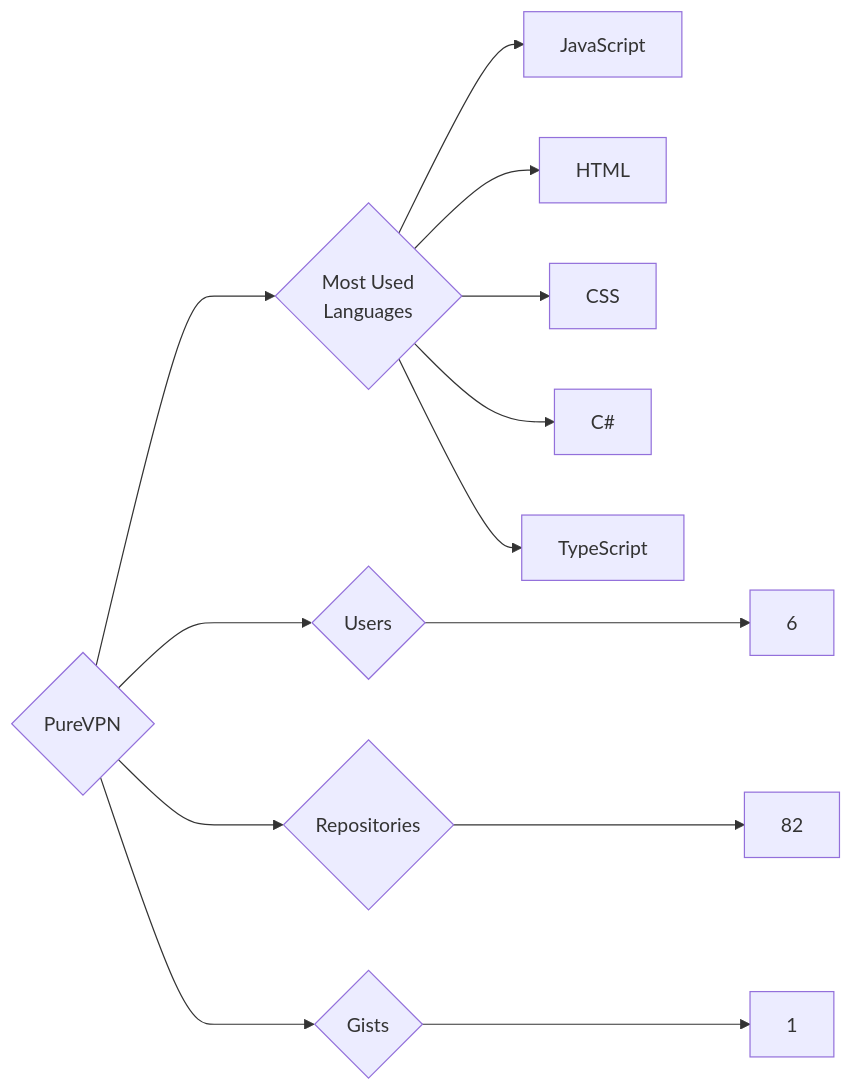
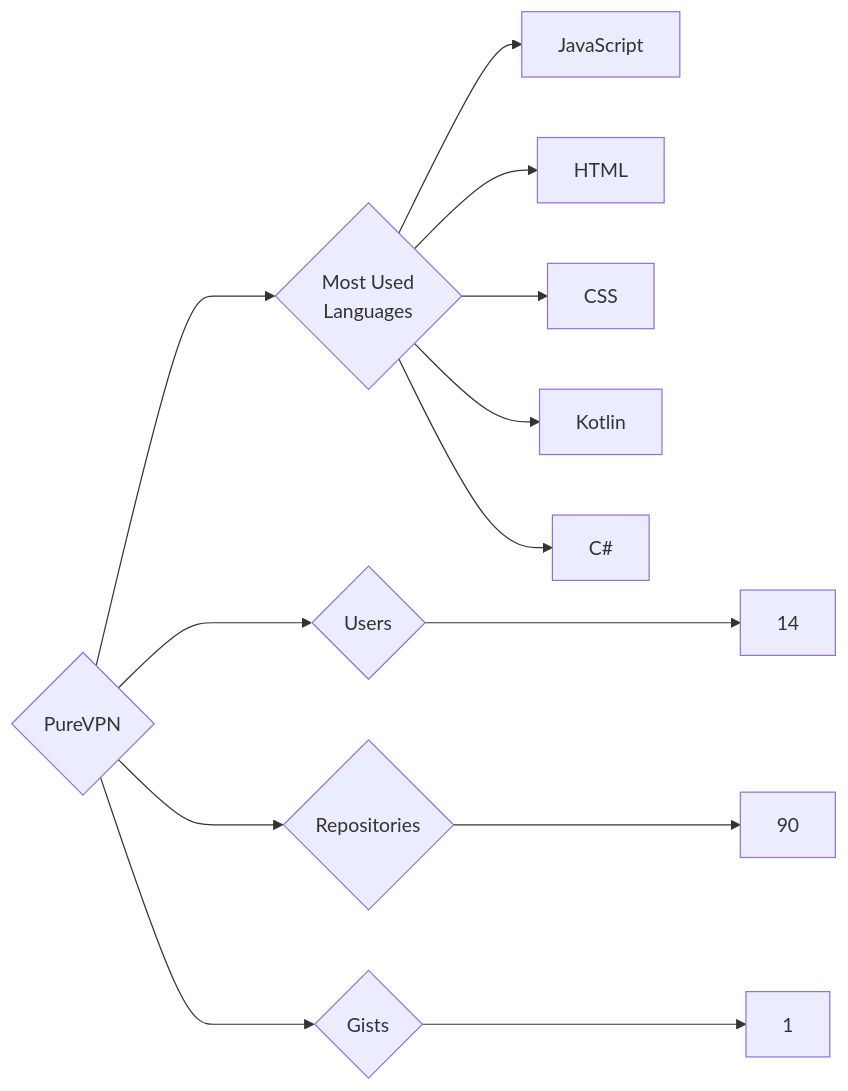
One commit to trickest/insiders changed the diagram in targets/PureVPN/README.md. Above: the diagram before and after it, drawn with Mermaid. The commit also changed 973 other files, not shown here.

````diff
--- a/targets/PureVPN/README.md
+++ b/targets/PureVPN/README.md
@@ -3,13 +3,13 @@
 ```mermaid
 graph LR
 COMPANY_NAME{PureVPN}
-COMPANY_NAME ---> U{Users} ---> UN[6]
-COMPANY_NAME ---> R{Repositories} ---> RN[82]
+COMPANY_NAME ---> U{Users} ---> UN[14]
+COMPANY_NAME ---> R{Repositories} ---> RN[90]
 COMPANY_NAME ---> G{Gists} ---> GN[1]
 COMPANY_NAME ---> ML{Most Used<br>Languages}
 ML --> JavaScript[JavaScript]
 ML --> HTML[HTML]
 ML --> CSS[CSS]
+ML --> Kotlin[Kotlin]
 ML --> C#[C#]
-ML --> TypeScript[TypeScript]
 ```
````
